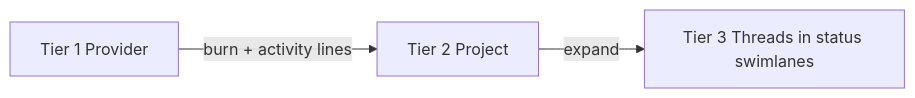
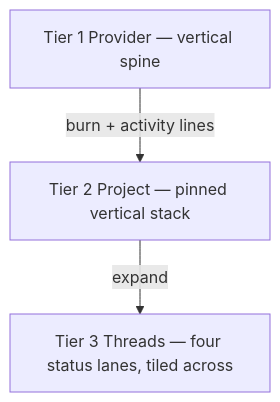
One commit to cristoslc/bb-plugin-activity-overview changed the diagram in docs/user-experience/token-flow-swimlane-spec.md. Above: the diagram before and after it, drawn with Mermaid. The commit also changed other lines of this file and 1 other file, not shown here.

First line of the commit message:
docs: project stack + sky beam mockup (v3 revision)

````diff
--- a/docs/user-experience/token-flow-swimlane-spec.md
+++ b/docs/user-experience/token-flow-swimlane-spec.md
@@ -22,5 +20,5 @@
 ```mermaid
-graph LR
-  P[Tier 1 Provider] -->|burn + activity lines| PJ[Tier 2 Project]
-  PJ -->|expand| S[Tier 3 Threads in status swimlanes]
+graph TD
+  P1[Tier 1 Provider — vertical spine] -->|burn + activity lines| P2[Tier 2 Project — pinned vertical stack]
+  P2 -->|expand| L[Tier 3 Threads — four status lanes, tiled across]
 ```
````
